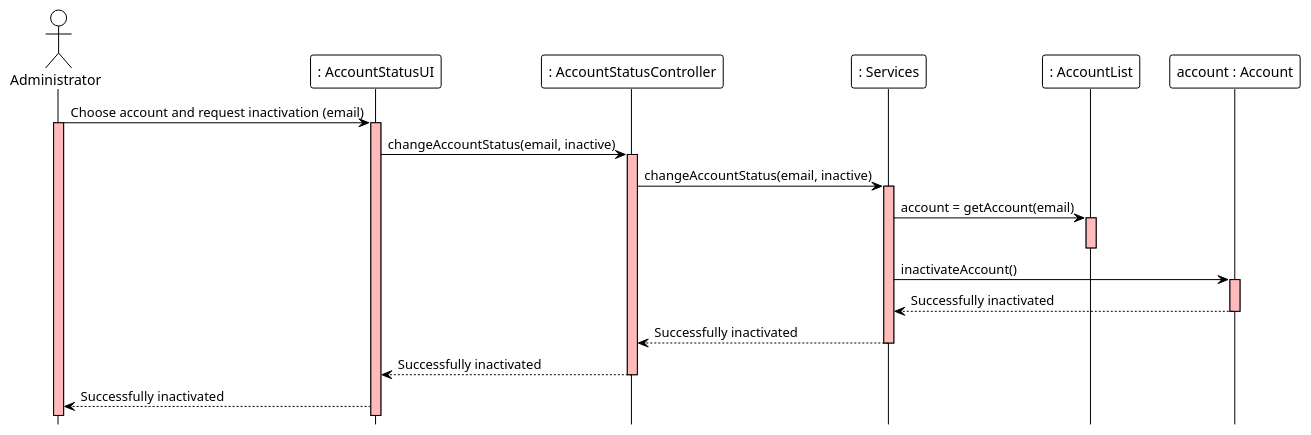
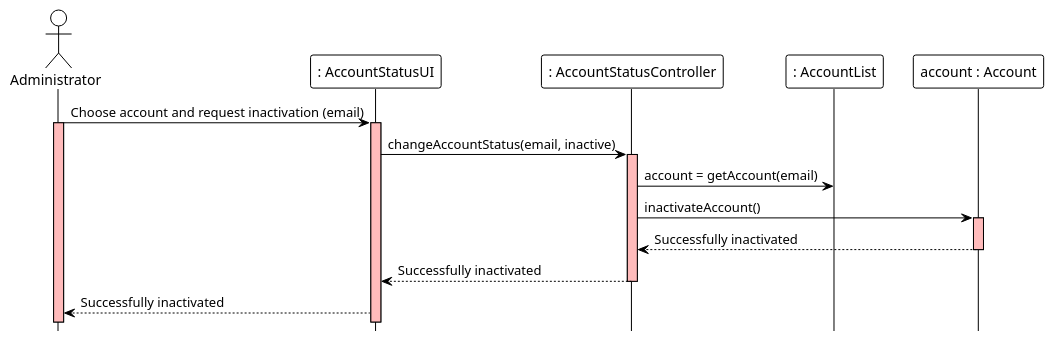
The diagram in docs/modelling_design/user_stories/us005/US005_InactivateUserAccountSD.puml (ivo-menezes/project_g3), drawn with PlantUML before and after one commit. The commit also changed 1 other file, not shown here.

```diff
--- a/docs/modelling_design/user_stories/us005/US005_InactivateUserAccountSD.puml
+++ b/docs/modelling_design/user_stories/us005/US005_InactivateUserAccountSD.puml
@@ -1,33 +1,33 @@
 @startuml
 !theme plain
 hide footbox
 
 actor Administrator  as Administrator #white
 participant ": AccountStatusUI" as UI #white
 participant ": AccountStatusController" as Controller #white
-participant ": Services" as Services #white
+'participant ": Services" as Services #white
 participant ": AccountList" as AccountList #white
 participant "account : Account" as Account #white
 
-'Administrator ->  Controller : 1.Choose account and request inactivation
 Administrator ->  UI : Choose account and request inactivation (email)
 activate UI #FFBBBB
 'activate Controller #FFBBBB
 activate Administrator #FFBBBB
 UI -> Controller: changeAccountStatus(email, inactive)
 activate Controller #FFBBBB
-Controller -> Services: changeAccountStatus(email, inactive)
-activate Services #FFBBBB
-Services -> AccountList: account = getAccount(email)
-activate AccountList #FFBBBB
+Controller -> AccountList: account = getAccount(email)
+'activate Services #FFBBBB
+'activate AccountList #FFBBBB
+'AccountList -> AccountList: account = getAccount(email)
+
 deactivate AccountList
-Services -> Account: inactivateAccount()
+Controller -> Account: inactivateAccount()
 activate Account #FFBBBB
-Account --> Services : Successfully inactivated
+Account --> Controller : Successfully inactivated
 deactivate Account
-Services --> Controller : Successfully inactivated
-deactivate Services
+'AccountList --> Controller : Successfully inactivated
+'deactivate Services
 Controller --> UI : Successfully inactivated
 deactivate Controller
 UI --> Administrator: Successfully inactivated
 @enduml
```
